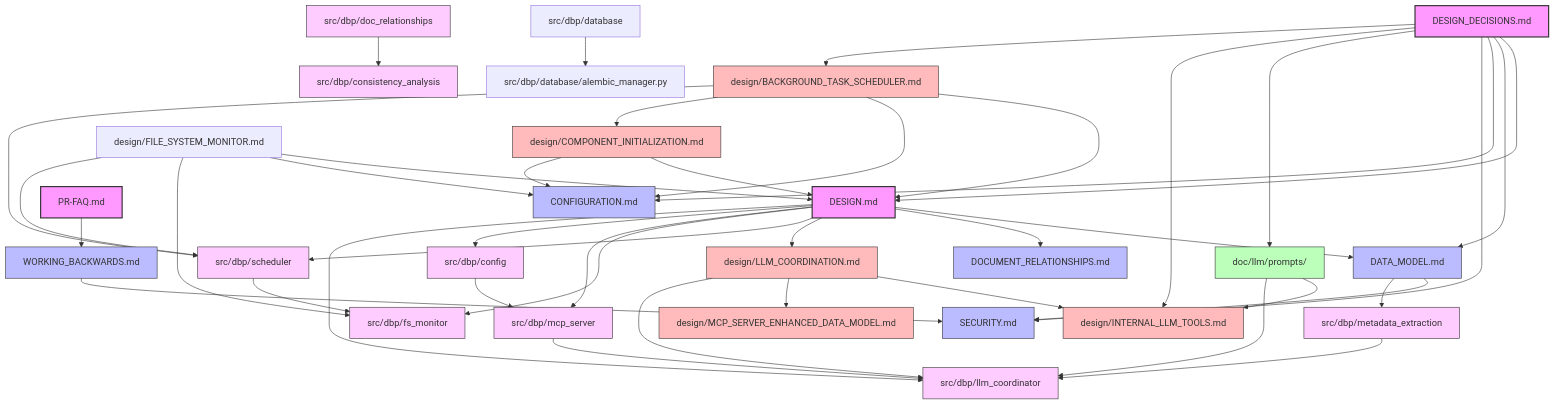
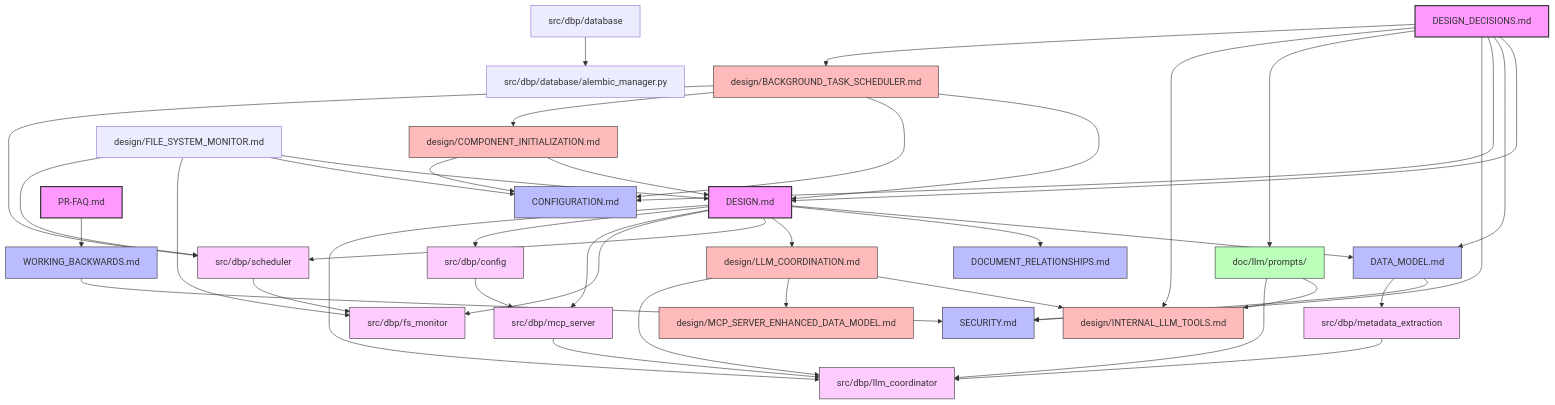
One commit to jcjorel/cline-best-practices changed the diagram in doc/DOCUMENT_RELATIONSHIPS.md. Above: the diagram before and after it, drawn with Mermaid. The commit also changed other lines of this file and 115 other files, not shown here.

````diff
--- a/doc/DOCUMENT_RELATIONSHIPS.md
+++ b/doc/DOCUMENT_RELATIONSHIPS.md
@@ -30,8 +30,6 @@
     MCP_SERVER[src/dbp/mcp_server]
     CONFIG_COMP[src/dbp/config]
     LLM_COORD_COMP[src/dbp/llm_coordinator]
-    CONSIST_ANALYSIS[src/dbp/consistency_analysis]
-    DOC_REL_COMP[src/dbp/doc_relationships]
     META_EXTRACT[src/dbp/metadata_extraction]
     DATABASE[src/dbp/database]
     ALEMBIC_MGR[src/dbp/database/alembic_manager.py]
@@ -96,7 +94,6 @@
     SCHEDULER --> FS_MONITOR
     MCP_SERVER --> LLM_COORD_COMP
     CONFIG_COMP --> MCP_SERVER
-    DOC_REL_COMP --> CONSIST_ANALYSIS
     META_EXTRACT --> LLM_COORD_COMP
     DATABASE --> ALEMBIC_MGR
     
@@ -105,5 +102,5 @@
     class CONFIG,SECURITY,DATA_MODEL,DOC_REL,WORKING_BACKWARDS leafNode
     class LLM_COORD,INTERNAL_TOOLS,COMPONENT_INIT,BACKGROUND_TASK,MCP_DATA_MODEL designDoc
     class LLM_PROMPTS resource
-    class SCHEDULER,FS_MONITOR,MCP_SERVER,CONFIG_COMP,LLM_COORD_COMP,CONSIST_ANALYSIS,DOC_REL_COMP,META_EXTRACT codeComp
+    class SCHEDULER,FS_MONITOR,MCP_SERVER,CONFIG_COMP,LLM_COORD_COMP,META_EXTRACT codeComp
 ```
````
